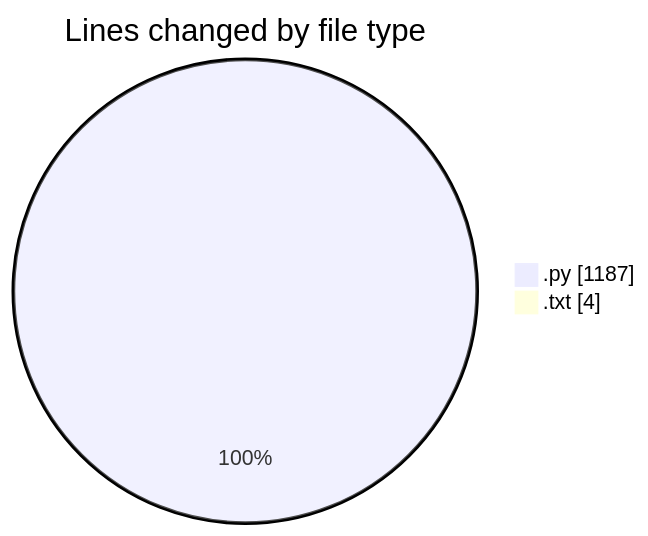
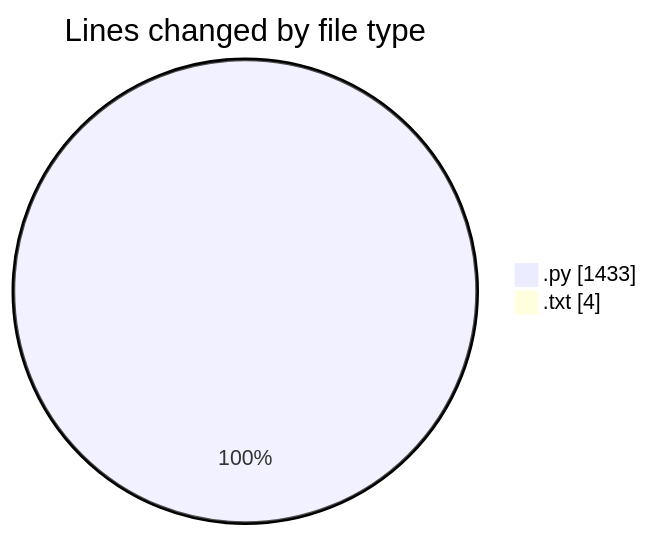
One commit to CELIANVF/code-tracking changed the first of 2 diagrams in 2025-06-01/video_app/README.md. Above: the diagram before and after it, drawn with Mermaid. The commit also changed other lines of this file and 1 other file, not shown here.

````diff
--- a/2025-06-01/video_app/README.md
+++ b/2025-06-01/video_app/README.md
@@ -25,6 +26,6 @@
 ```mermaid
 pie showData
 title Lines changed by file type
-".py" : 1187
+".py" : 1433
 ".txt" : 4
 ```
````
